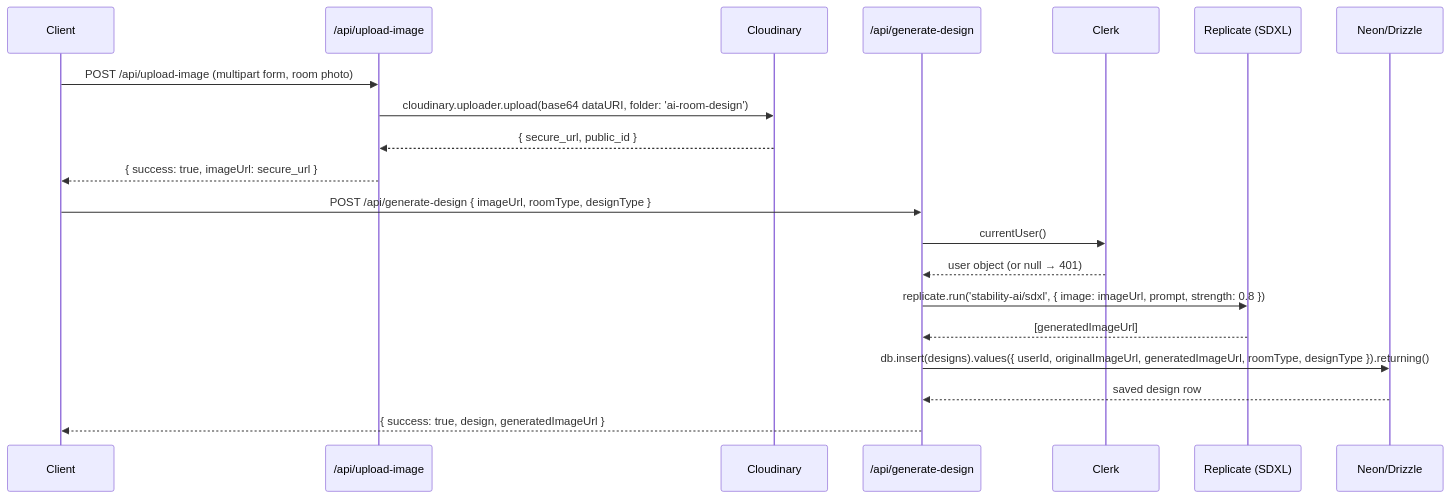
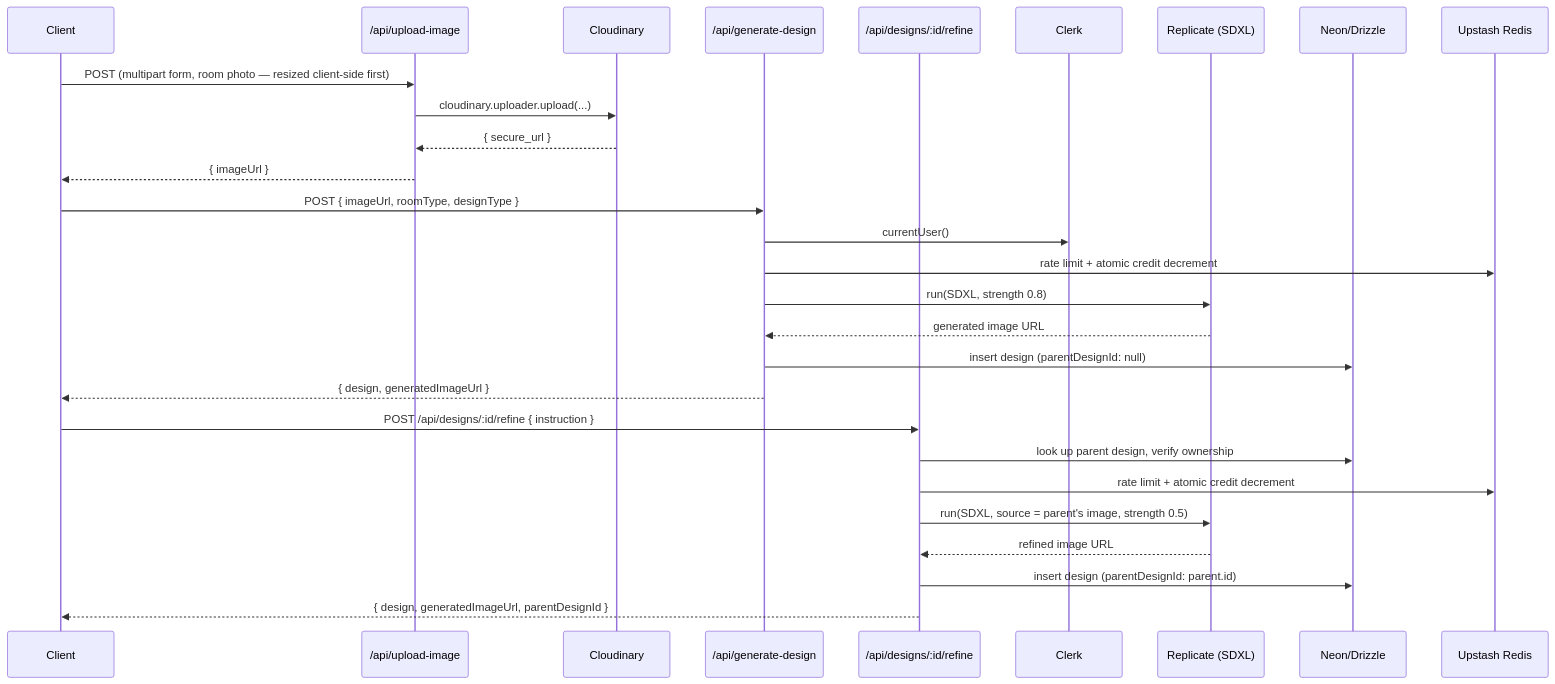
One commit to rushikeshmalgan/AI-ROOM-DESIGNER changed the diagram in README.md. Above: the diagram before and after it, drawn with Mermaid. The commit also changed other lines of this file, not shown here.

````diff
--- a/README.md
+++ b/README.md
@@ -63,24 +32,33 @@
 ```mermaid
 sequenceDiagram
     participant Client
     participant UploadRoute as /api/upload-image
     participant Cloudinary
     participant GenerateRoute as /api/generate-design
+    participant RefineRoute as /api/designs/:id/refine
     participant Clerk
     participant Replicate as Replicate (SDXL)
     participant DB as Neon/Drizzle
+    participant Redis as Upstash Redis
 
-    Client->>UploadRoute: POST /api/upload-image (multipart form, room photo)
-    UploadRoute->>Cloudinary: cloudinary.uploader.upload(base64 dataURI, folder: 'ai-room-design')
-    Cloudinary-->>UploadRoute: { secure_url, public_id }
-    UploadRoute-->>Client: { success: true, imageUrl: secure_url }
+    Client->>UploadRoute: POST (multipart form, room photo — resized client-side first)
+    UploadRoute->>Cloudinary: cloudinary.uploader.upload(...)
+    Cloudinary-->>UploadRoute: { secure_url }
+    UploadRoute-->>Client: { imageUrl }
 
-    Client->>GenerateRoute: POST /api/generate-design { imageUrl, roomType, designType }
+    Client->>GenerateRoute: POST { imageUrl, roomType, designType }
     GenerateRoute->>Clerk: currentUser()
-    Clerk-->>GenerateRoute: user object (or null → 401)
-    GenerateRoute->>Replicate: replicate.run('stability-ai/sdxl', { image: imageUrl, prompt, strength: 0.8 })
-    Replicate-->>GenerateRoute: [generatedImageUrl]
-    GenerateRoute->>DB: db.insert(designs).values({ userId, originalImageUrl, generatedImageUrl, roomType, designType }).returning()
-    DB-->>GenerateRoute: saved design row
-    GenerateRoute-->>Client: { success: true, design, generatedImageUrl }
+    GenerateRoute->>Redis: rate limit + atomic credit decrement
+    GenerateRoute->>Replicate: run(SDXL, strength 0.8)
+    Replicate-->>GenerateRoute: generated image URL
+    GenerateRoute->>DB: insert design (parentDesignId: null)
+    GenerateRoute-->>Client: { design, generatedImageUrl }
+
+    Client->>RefineRoute: POST /api/designs/:id/refine { instruction }
+    RefineRoute->>DB: look up parent design, verify ownership
+    RefineRoute->>Redis: rate limit + atomic credit decrement
+    RefineRoute->>Replicate: run(SDXL, source = parent's image, strength 0.5)
+    Replicate-->>RefineRoute: refined image URL
+    RefineRoute->>DB: insert design (parentDesignId: parent.id)
+    RefineRoute-->>Client: { design, generatedImageUrl, parentDesignId }
 ```
````
